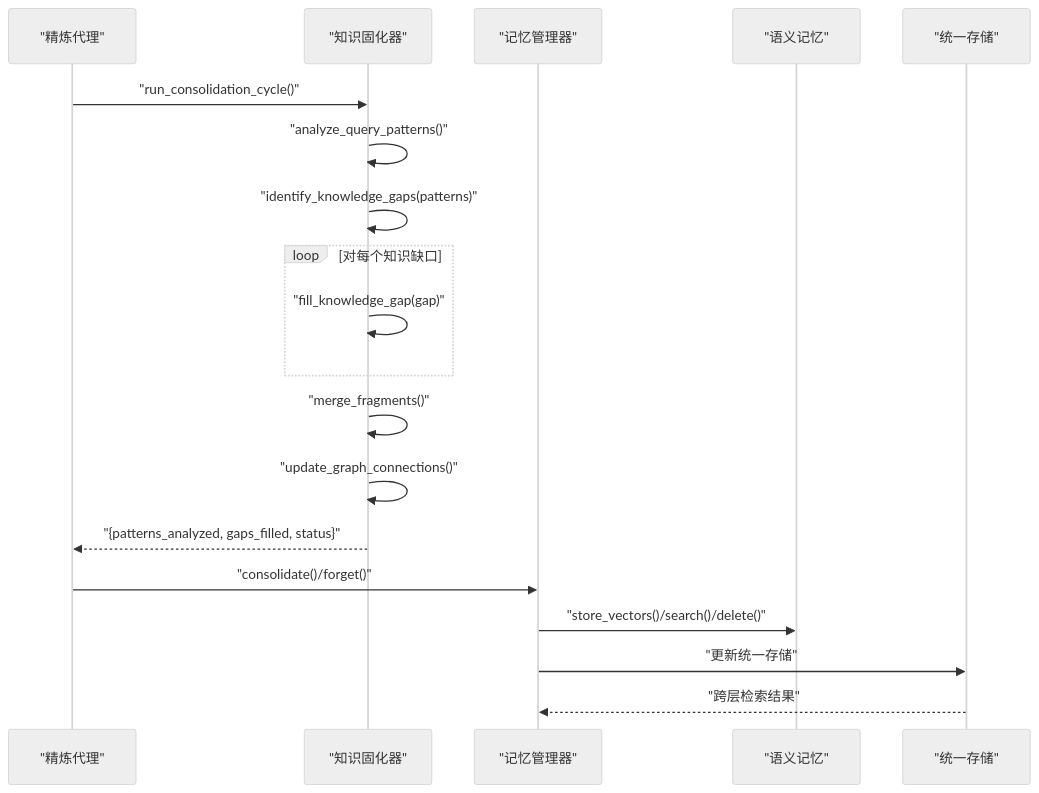
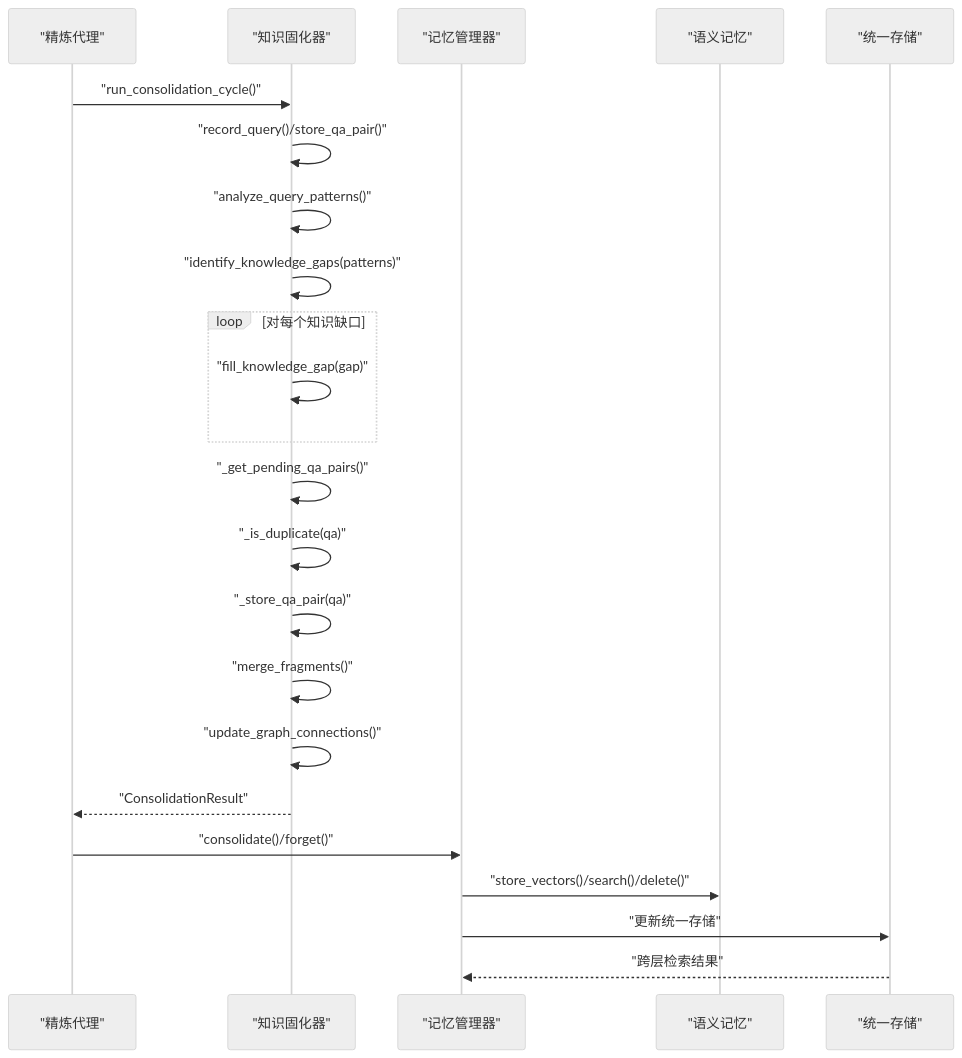
One commit to JieGaoPrinceton/NecoRAG changed the second of 6 diagrams in .qoder/repowiki/zh/content/巩固层模块/知识固化系统.md. Above: the diagram before and after it, drawn with Mermaid (neutral theme). The commit also changed other lines of this file and 12 other files, not shown here.

````diff
--- a/.qoder/repowiki/zh/content/巩固层模块/知识固化系统.md
+++ b/.qoder/repowiki/zh/content/巩固层模块/知识固化系统.md
@@ -110,21 +110,25 @@
 ```mermaid
 sequenceDiagram
 participant Agent as "精炼代理"
 participant Cons as "知识固化器"
 participant MemMgr as "记忆管理器"
 participant SemMem as "语义记忆"
 participant Store as "统一存储"
 Agent->>Cons : "run_consolidation_cycle()"
+Cons->>Cons : "record_query()/store_qa_pair()"
 Cons->>Cons : "analyze_query_patterns()"
 Cons->>Cons : "identify_knowledge_gaps(patterns)"
 loop 对每个知识缺口
 Cons->>Cons : "fill_knowledge_gap(gap)"
 end
+Cons->>Cons : "_get_pending_qa_pairs()"
+Cons->>Cons : "_is_duplicate(qa)"
+Cons->>Cons : "_store_qa_pair(qa)"
 Cons->>Cons : "merge_fragments()"
 Cons->>Cons : "update_graph_connections()"
-Cons-->>Agent : "{patterns_analyzed, gaps_filled, status}"
+Cons-->>Agent : "ConsolidationResult"
 Agent->>MemMgr : "consolidate()/forget()"
 MemMgr->>SemMem : "store_vectors()/search()/delete()"
 MemMgr->>Store : "更新统一存储"
 Store-->>MemMgr : "跨层检索结果"
 ```
````
